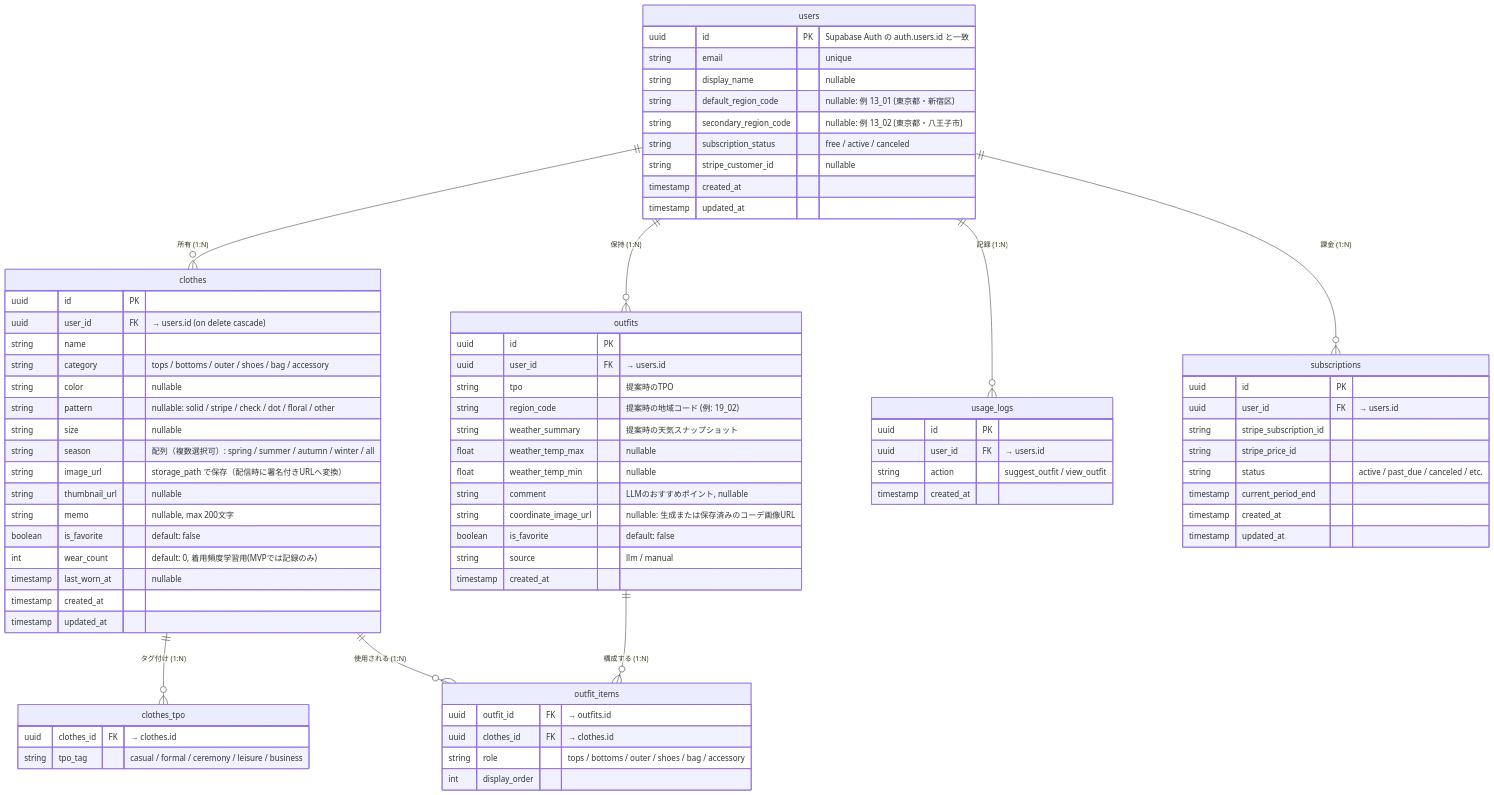
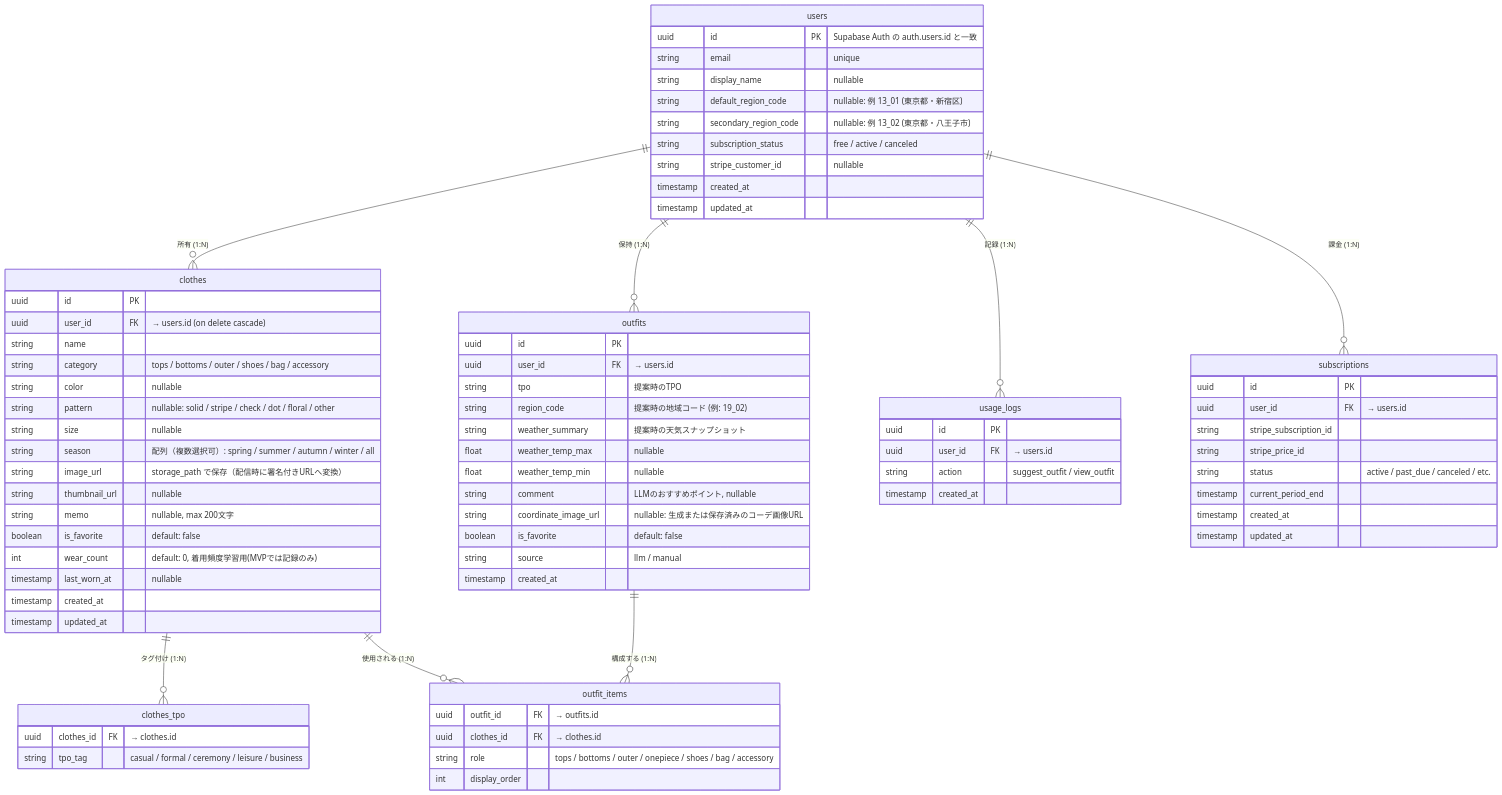
Before and after one commit to ms-engineer-bc26-01/teamB_section_9: the diagram in docs/er-diagram.md, drawn with Mermaid. The commit also changed 3 other files, not shown here.

```diff
--- a/docs/er-diagram.md
+++ b/docs/er-diagram.md
@@ -58,7 +58,7 @@
   outfit_items {
     uuid outfit_id FK "→ outfits.id"
     uuid clothes_id FK "→ clothes.id"
-    string role "tops / bottoms / outer / shoes / bag / accessory"
+    string role "tops / bottoms / outer / onepiece / shoes / bag / accessory"
     int display_order
   }
 
```
